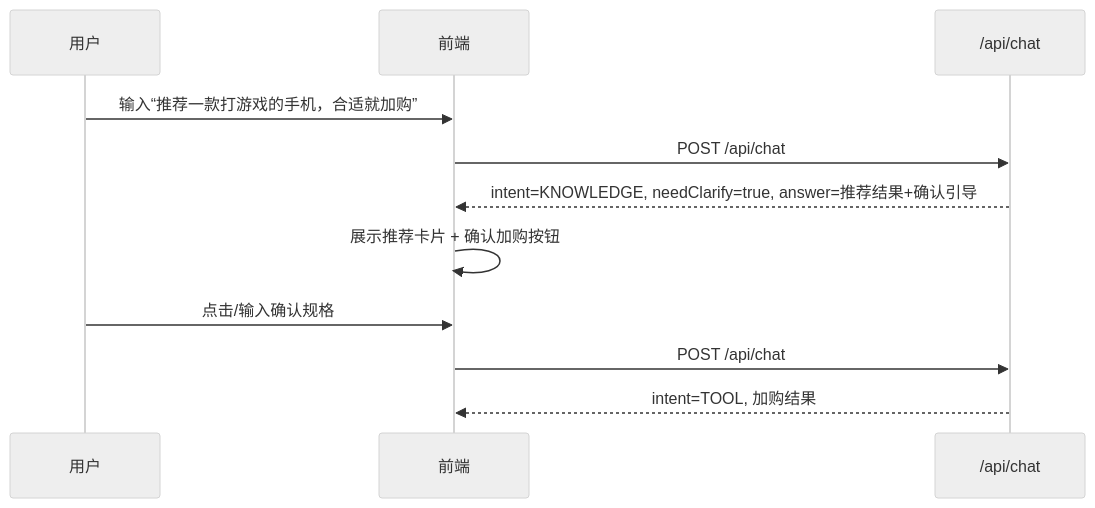
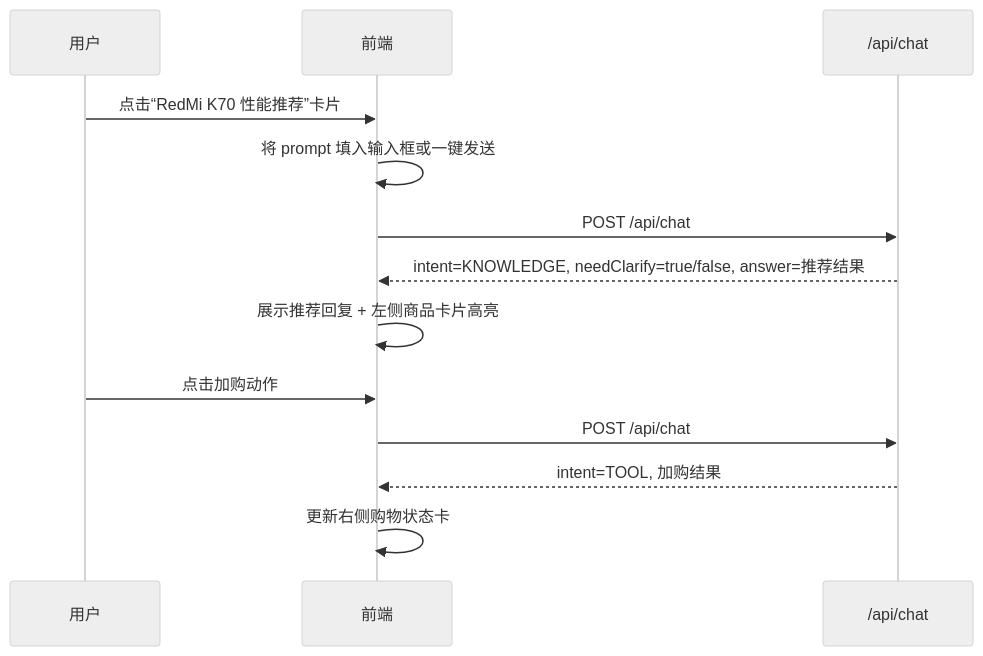
The fourth of 4 diagrams in doc/前端UIUX设计文档.md (liyunyi-gif/Xiaomi-Shopping-Agent), drawn with Mermaid (neutral theme) before and after one commit. The commit also changed other lines of this file and 2 other files, not shown here.

````diff
--- a/doc/前端UIUX设计文档.md
+++ b/doc/前端UIUX设计文档.md
@@ -349,14 +518,16 @@
 ```mermaid
 sequenceDiagram
     participant U as 用户
     participant F as 前端
     participant API as /api/chat
 
-    U->>F: 输入“推荐一款打游戏的手机，合适就加购”
+    U->>F: 点击“RedMi K70 性能推荐”卡片
+    F->>F: 将 prompt 填入输入框或一键发送
     F->>API: POST /api/chat
-    API-->>F: intent=KNOWLEDGE, needClarify=true, answer=推荐结果+确认引导
-    F->>F: 展示推荐卡片 + 确认加购按钮
-    U->>F: 点击/输入确认规格
+    API-->>F: intent=KNOWLEDGE, needClarify=true/false, answer=推荐结果
+    F->>F: 展示推荐回复 + 左侧商品卡片高亮
+    U->>F: 点击加购动作
     F->>API: POST /api/chat
     API-->>F: intent=TOOL, 加购结果
+    F->>F: 更新右侧购物状态卡
 ```
````
